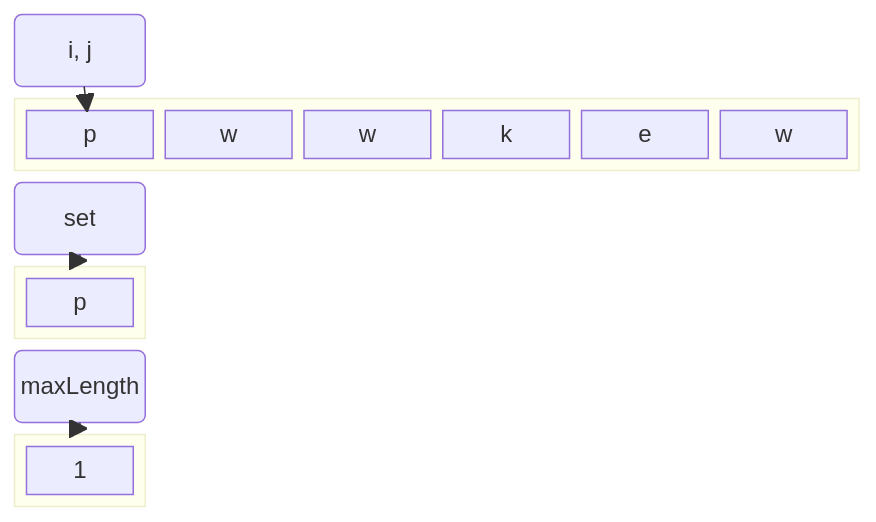
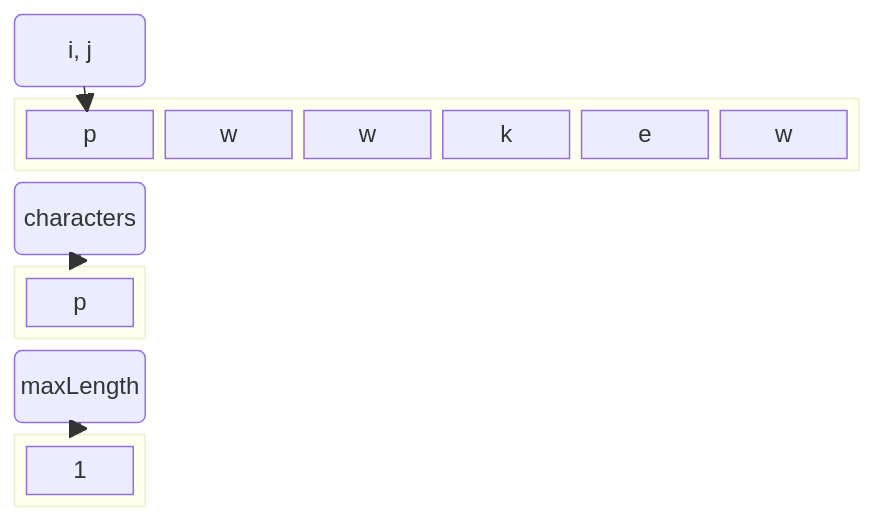
Before and after one commit to hanggrian/which-algorithms: the first of 7 diagrams in diagrams/two-pointers-sliding-window.md, drawn with Mermaid. The commit also changed other lines of this file and 38 other files, not shown here.

````diff
--- a/diagrams/two-pointers-sliding-window.md
+++ b/diagrams/two-pointers-sliding-window.md
@@ -1,20 +1,20 @@
 ```mermaid
 block-beta
   columns 6
   ij("i, j") space:5
   block:s:6
     a1["p"] b1["w"] c1["w"] d1["k"] e1["e"] f1["w"]
   end
-  set("set") space:5
+  set("characters") space:5
   block:s2
     a2["p"]
   end
   space:5 maxLength("maxLength") space:5
   block:params
     maxLengthVal["1"]
   end
 
   ij --> a1
   set --> s2
   maxLength --> params
 ```
````
